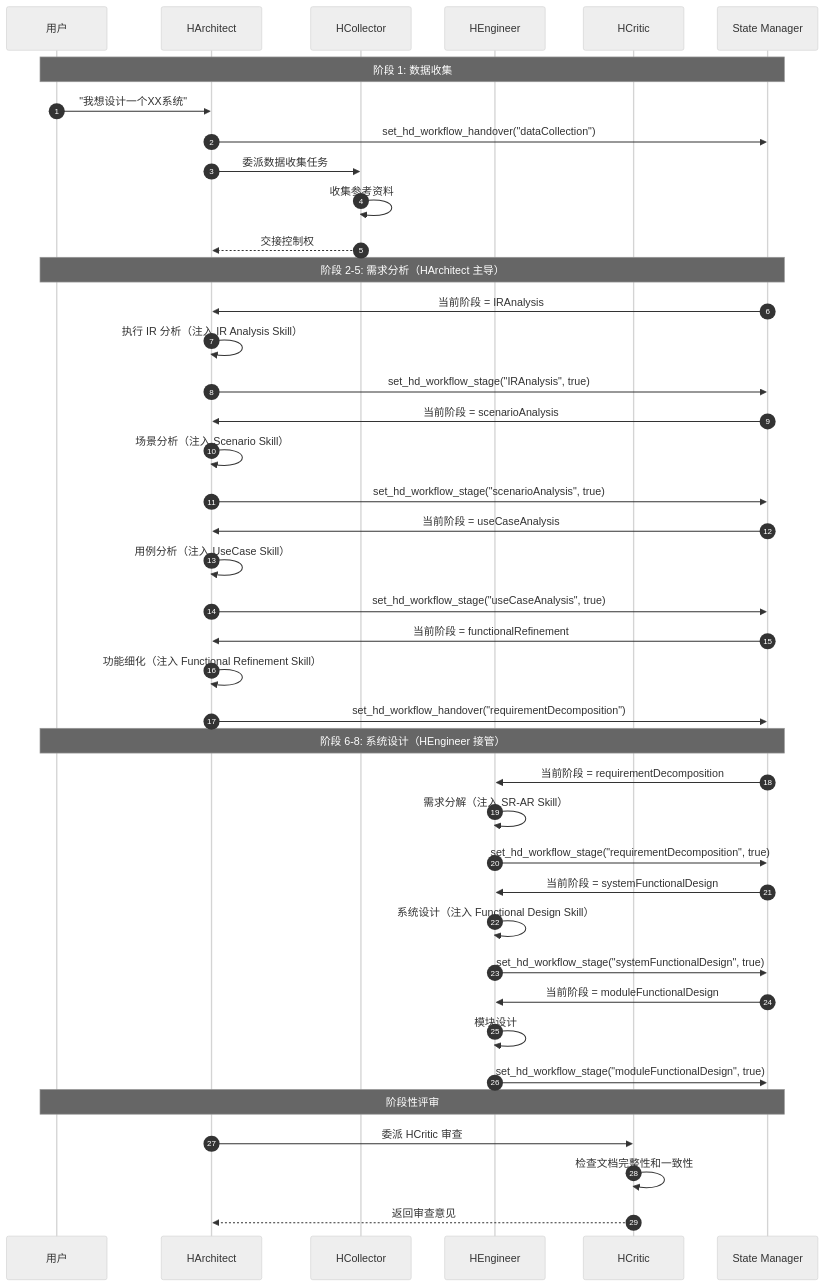
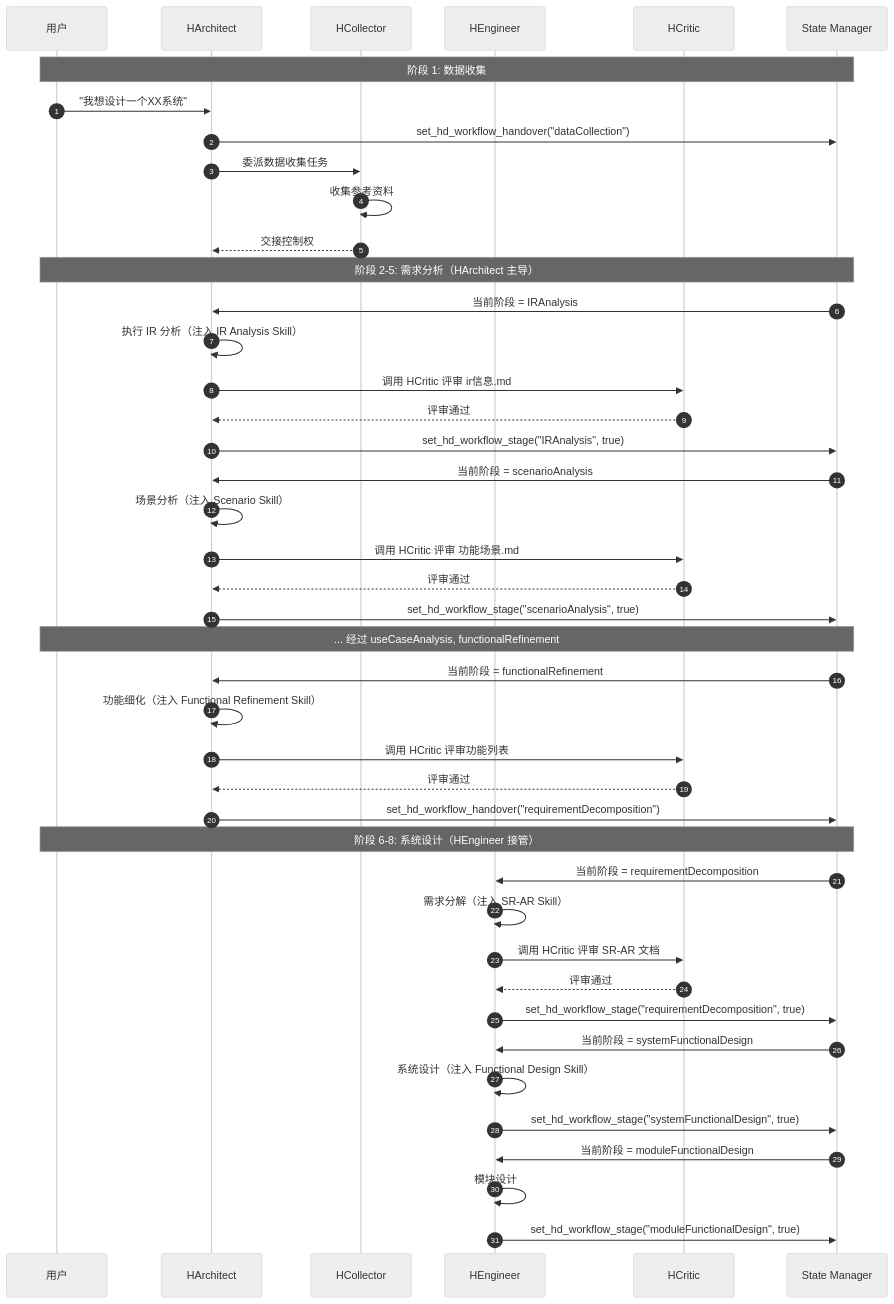
Before and after one commit to aiimoyu/hyper-designer: the third of 4 diagrams in TECHNICAL_WIKI.md, drawn with Mermaid (neutral theme). The commit also changed other lines of this file and 1277 other files, not shown here.

````diff
--- a/TECHNICAL_WIKI.md
+++ b/TECHNICAL_WIKI.md
@@ -307,52 +353,53 @@
 ```mermaid
 sequenceDiagram
     autonumber
     participant User as 用户
     participant HA as HArchitect
     participant HC as HCollector
     participant HE as HEngineer
     participant HCr as HCritic
     participant State as State Manager
 
     Note over User,State: 阶段 1: 数据收集
     User->>HA: "我想设计一个XX系统"
     HA->>State: set_hd_workflow_handover("dataCollection")
     HA->>HC: 委派数据收集任务
     HC->>HC: 收集参考资料
     HC-->>HA: 交接控制权
 
     Note over User,State: 阶段 2-5: 需求分析（HArchitect 主导）
     State->>HA: 当前阶段 = IRAnalysis
     HA->>HA: 执行 IR 分析（注入 IR Analysis Skill）
+    HA->>HCr: 调用 HCritic 评审 ir信息.md
+    HCr-->>HA: 评审通过
     HA->>State: set_hd_workflow_stage("IRAnalysis", true)
 
     State->>HA: 当前阶段 = scenarioAnalysis
     HA->>HA: 场景分析（注入 Scenario Skill）
+    HA->>HCr: 调用 HCritic 评审 功能场景.md
+    HCr-->>HA: 评审通过
     HA->>State: set_hd_workflow_stage("scenarioAnalysis", true)
 
-    State->>HA: 当前阶段 = useCaseAnalysis
-    HA->>HA: 用例分析（注入 UseCase Skill）
-    HA->>State: set_hd_workflow_stage("useCaseAnalysis", true)
+    Note over User,State: ... 经过 useCaseAnalysis, functionalRefinement
 
     State->>HA: 当前阶段 = functionalRefinement
     HA->>HA: 功能细化（注入 Functional Refinement Skill）
+    HA->>HCr: 调用 HCritic 评审功能列表
+    HCr-->>HA: 评审通过
     HA->>State: set_hd_workflow_handover("requirementDecomposition")
 
     Note over User,State: 阶段 6-8: 系统设计（HEngineer 接管）
     State->>HE: 当前阶段 = requirementDecomposition
     HE->>HE: 需求分解（注入 SR-AR Skill）
+    HE->>HCr: 调用 HCritic 评审 SR-AR 文档
+    HCr-->>HE: 评审通过
     HE->>State: set_hd_workflow_stage("requirementDecomposition", true)
 
     State->>HE: 当前阶段 = systemFunctionalDesign
     HE->>HE: 系统设计（注入 Functional Design Skill）
     HE->>State: set_hd_workflow_stage("systemFunctionalDesign", true)
 
     State->>HE: 当前阶段 = moduleFunctionalDesign
     HE->>HE: 模块设计
     HE->>State: set_hd_workflow_stage("moduleFunctionalDesign", true)
-
-    Note over User,State: 阶段性评审
-    HA->>HCr: 委派 HCritic 审查
-    HCr->>HCr: 检查文档完整性和一致性
-    HCr-->>HA: 返回审查意见
 ```
````
